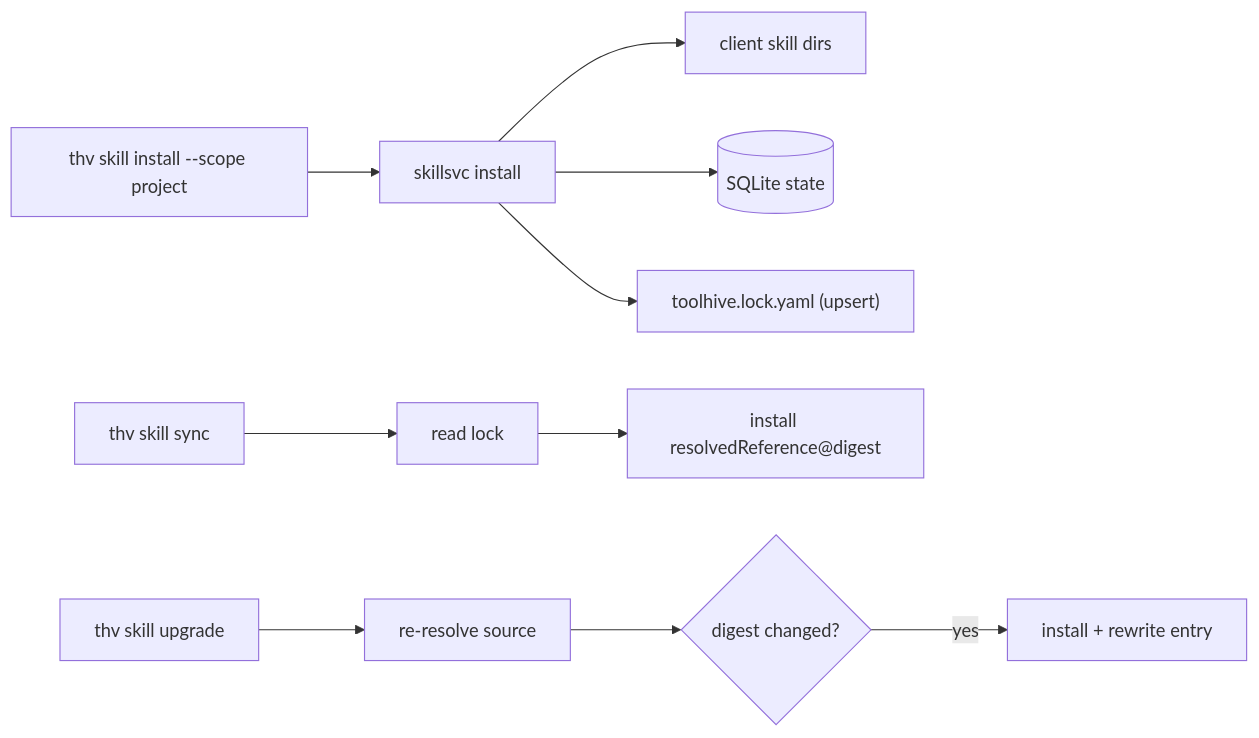
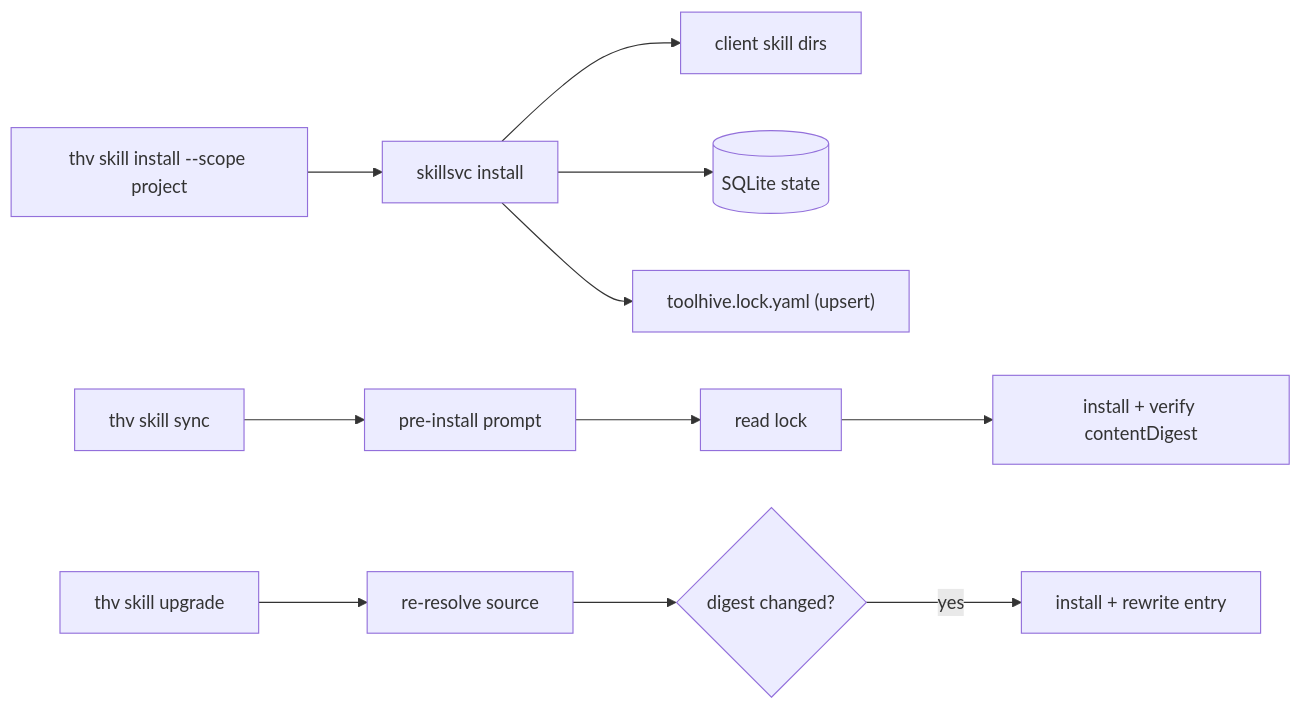
One commit to stacklok/toolhive-rfcs changed the diagram in rfcs/THV-0080-skills-lock-file.md. Above: the diagram before and after it, drawn with Mermaid. The commit also changed other lines of this file, not shown here.

Commit message:
Address panel review feedback on skills lock RFC

````diff
--- a/rfcs/THV-0080-skills-lock-file.md
+++ b/rfcs/THV-0080-skills-lock-file.md
@@ -42,9 +43,10 @@
 ```mermaid
 flowchart LR
     installCmd["thv skill install --scope project"] --> svc[skillsvc install]
     svc --> files["client skill dirs"]
     svc --> db[(SQLite state)]
     svc --> lock["toolhive.lock.yaml (upsert)"]
-    syncCmd["thv skill sync"] --> lock2["read lock"] --> pinned["install resolvedReference@digest"]
+    syncCmd["thv skill sync"] --> prompt["pre-install prompt"]
+    prompt --> lock2["read lock"] --> pinned["install + verify contentDigest"]
     upgradeCmd["thv skill upgrade"] --> reresolve["re-resolve source"] --> compare{"digest changed?"} -->|yes| rewrite["install + rewrite entry"]
 ```
````
